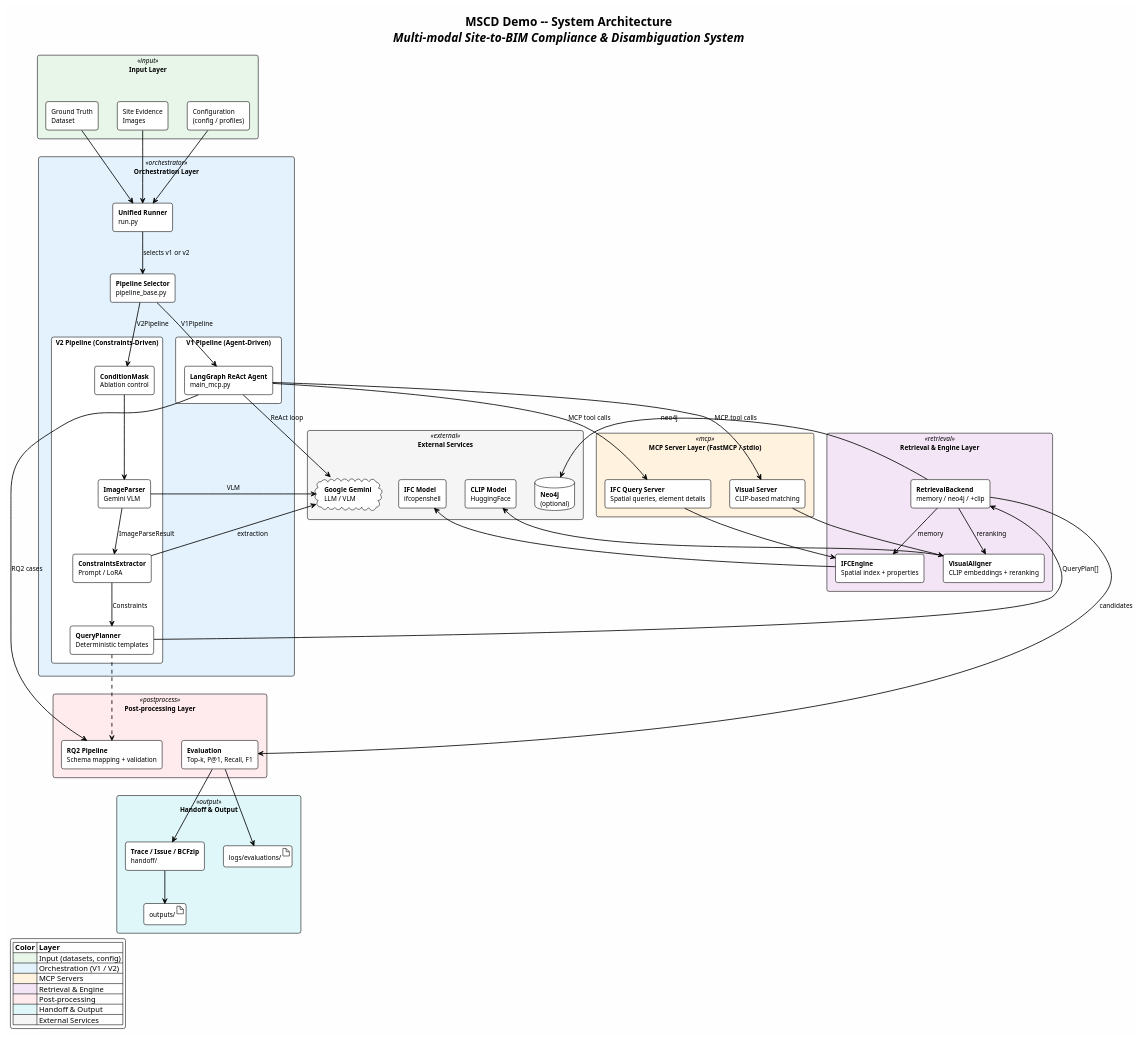
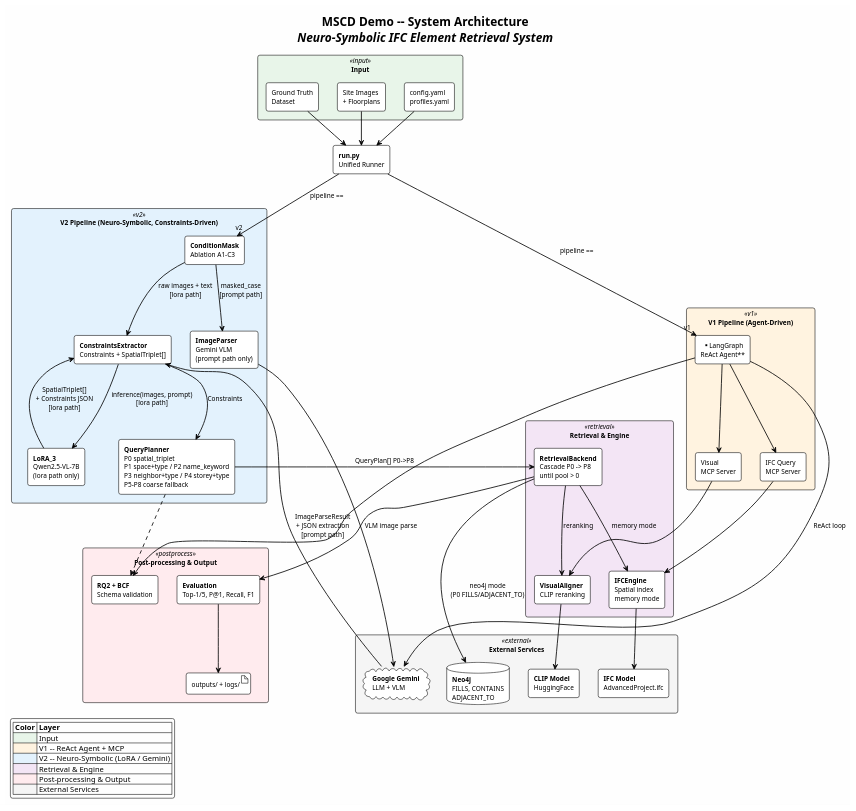
One commit to hyChia88/mscd_demo changed the diagram in docs/diagram/system_architecture.puml. Above: the diagram before and after it, drawn with PlantUML. The commit also changed 15 other files, not shown here.

Commit message:
update diagram

```diff
--- a/docs/diagram/system_architecture.puml
+++ b/docs/diagram/system_architecture.puml
@@ -1,143 +1,139 @@
 @startuml MSCD_Demo_System_Architecture
 !theme plain
-title **MSCD Demo -- System Architecture**\n//Multi-modal Site-to-BIM Compliance & Disambiguation System//
+title **MSCD Demo -- System Architecture**\n//Neuro-Symbolic IFC Element Retrieval System//
 
 skinparam backgroundColor #FEFEFE
 skinparam componentStyle rectangle
 skinparam defaultFontSize 12
 skinparam packageStyle rectangle
 skinparam ArrowThickness 1.5
 skinparam RoundCorner 8
 skinparam shadowing false
 
 skinparam package<<input>> {
     BackgroundColor #E8F5E9
 }
-skinparam package<<orchestrator>> {
+skinparam package<<v1>> {
+    BackgroundColor #FFF3E0
+}
+skinparam package<<v2>> {
     BackgroundColor #E3F2FD
-}
-skinparam package<<mcp>> {
-    BackgroundColor #FFF3E0
 }
 skinparam package<<retrieval>> {
     BackgroundColor #F3E5F5
 }
 skinparam package<<postprocess>> {
     BackgroundColor #FFEBEE
 }
-skinparam package<<output>> {
-    BackgroundColor #E0F7FA
-}
 skinparam package<<external>> {
     BackgroundColor #F5F5F5
 }
 
-' ── INPUT ──
-package "Input Layer" <<input>> {
+' ── INPUT ──────────────────────────────────────────────────────────
+package "Input" <<input>> {
     component "Ground Truth\nDataset" as GT
-    component "Site Evidence\nImages" as IMAGES
-    component "Configuration\n(config / profiles)" as CONFIG
+    component "Site Images\n+ Floorplans" as IMAGES
+    component "config.yaml\nprofiles.yaml" as CONFIG
 }
 
-' ── ORCHESTRATION ──
-package "Orchestration Layer" <<orchestrator>> {
-    component "**Unified Runner**\nrun.py" as RUNNER
-    component "**Pipeline Selector**\npipeline_base.py" as PIPELINE_BASE
-
-    package "V1 Pipeline (Agent-Driven)" {
-        component "**LangGraph ReAct Agent**\nmain_mcp.py" as V1_AGENT
-    }
-
-    package "V2 Pipeline (Constraints-Driven)" {
-        component "**ConditionMask**\nAblation control" as COND_MASK
-        component "**ImageParser**\nGemini VLM" as IMG_PARSER
-        component "**ConstraintsExtractor**\nPrompt / LoRA" as CONSTRAINTS
-        component "**QueryPlanner**\nDeterministic templates" as QUERY_PLAN
-    }
+' ── V1 ─────────────────────────────────────────────────────────────
+package "V1 Pipeline (Agent-Driven)" <<v1>> {
+    component "**LangGraph\nReAct Agent**" as V1_AGENT
+    component "IFC Query\nMCP Server" as IFC_MCP
+    component "Visual\nMCP Server" as VIS_MCP
 }
 
-' ── MCP SERVERS ──
-package "MCP Server Layer (FastMCP / stdio)" <<mcp>> {
-    component "**IFC Query Server**\nSpatial queries, element details" as IFC_MCP
-    component "**Visual Server**\nCLIP-based matching" as VIS_MCP
+' ── V2 ─────────────────────────────────────────────────────────────
+package "V2 Pipeline (Neuro-Symbolic, Constraints-Driven)" <<v2>> {
+    component "**ConditionMask**\nAblation A1-C3" as COND_MASK
+    component "**ImageParser**\nGemini VLM\n(prompt path only)" as IMG_PARSER
+    component "**LoRA_3**\nQwen2.5-VL-7B\n(lora path only)" as LORA
+    component "**ConstraintsExtractor**\nConstraints + SpatialTriplet[]" as CONSTRAINTS
+    component "**QueryPlanner**\nP0 spatial_triplet\nP1 space+type / P2 name_keyword\nP3 neighbor+type / P4 storey+type\nP5-P8 coarse fallback" as QUERY_PLAN
 }
 
-' ── RETRIEVAL ──
-package "Retrieval & Engine Layer" <<retrieval>> {
-    component "**IFCEngine**\nSpatial index + properties" as IFC_ENGINE
-    component "**RetrievalBackend**\nmemory / neo4j / +clip" as RET_BACK
-    component "**VisualAligner**\nCLIP embeddings + reranking" as CLIP
+' ── RETRIEVAL ───────────────────────────────────────────────────────
+package "Retrieval & Engine" <<retrieval>> {
+    component "**RetrievalBackend**\nCascade P0 -> P8\nuntil pool > 0" as RET_BACK
+    component "**IFCEngine**\nSpatial index\nmemory mode" as IFC_ENGINE
+    component "**VisualAligner**\nCLIP reranking" as CLIP
 }
 
-' ── POST-PROCESSING ──
-package "Post-processing Layer" <<postprocess>> {
-    component "**RQ2 Pipeline**\nSchema mapping + validation" as RQ2
-    component "**Evaluation**\nTop-k, P@1, Recall, F1" as EVAL_MOD
+' ── POST-PROCESSING ─────────────────────────────────────────────────
+package "Post-processing & Output" <<postprocess>> {
+    component "**Evaluation**\nTop-1/5, P@1, Recall, F1" as EVAL_MOD
+    component "**RQ2 + BCF**\nSchema validation" as RQ2
+    artifact "outputs/ + logs/" as OUT
 }
 
-' ── OUTPUT ──
-package "Handoff & Output" <<output>> {
-    component "**Trace / Issue / BCFzip**\nhandoff/" as HANDOFF
-    artifact "outputs/" as OUT_FILES
-    artifact "logs/evaluations/" as OUT_EVAL
-}
-
-' ── EXTERNAL ──
+' ── EXTERNAL ────────────────────────────────────────────────────────
 package "External Services" <<external>> {
-    database "**Neo4j**\n(optional)" as NEO4J
-    cloud "**Google Gemini**\nLLM / VLM" as LLM
-    component "**IFC Model**\nifcopenshell" as IFC_FILE
+    cloud "**Google Gemini**\nLLM + VLM" as LLM
+    database "**Neo4j**\nFILLS, CONTAINS\nADJACENT_TO" as NEO4J
+    component "**IFC Model**\nAdvancedProject.ifc" as IFC_FILE
     component "**CLIP Model**\nHuggingFace" as HF_CLIP
 }
 
-' ── RELATIONSHIPS ──
+' ── RUNNER ──────────────────────────────────────────────────────────
+component "**run.py**\nUnified Runner" as RUNNER
 
-GT --> RUNNER
+' ── RELATIONSHIPS ───────────────────────────────────────────────────
+
+' Input
+GT     --> RUNNER
 IMAGES --> RUNNER
 CONFIG --> RUNNER
-RUNNER --> PIPELINE_BASE : selects v1 or v2
 
-PIPELINE_BASE --> V1_AGENT : V1Pipeline
-PIPELINE_BASE --> COND_MASK : V2Pipeline
+' Runner -> pipelines
+RUNNER --> V1_AGENT  : pipeline == "v1"
+RUNNER --> COND_MASK : pipeline == "v2"
 
-V1_AGENT --> IFC_MCP : MCP tool calls
-V1_AGENT --> VIS_MCP : MCP tool calls
-LLM <-- V1_AGENT : ReAct loop
+' V1 flow
+V1_AGENT --> IFC_MCP
+V1_AGENT --> VIS_MCP
+V1_AGENT --> LLM : ReAct loop
+IFC_MCP  --> IFC_ENGINE
+VIS_MCP  --> CLIP
 
-COND_MASK --> IMG_PARSER
-IMG_PARSER --> CONSTRAINTS : ImageParseResult
+' V2 Step 1 -- mask -> two paths
+COND_MASK --> IMG_PARSER  : masked_case\n[prompt path]
+COND_MASK --> CONSTRAINTS : raw images + text\n[lora path]
+
+' V2 Step 2 -- prompt path: IMG_PARSER -> LLM -> CONSTRAINTS
+IMG_PARSER --> LLM         : VLM image parse
+LLM        --> CONSTRAINTS : ImageParseResult\n+ JSON extraction\n[prompt path]
+
+' V2 Step 2 -- lora path: CONSTRAINTS -> LORA -> CONSTRAINTS
+CONSTRAINTS --> LORA : inference(images, prompt)\n[lora path]
+LORA --> CONSTRAINTS : SpatialTriplet[]\n+ Constraints JSON\n[lora path]
+
+' V2 Step 3 -- plan -> retrieve
 CONSTRAINTS --> QUERY_PLAN : Constraints
-QUERY_PLAN --> RET_BACK : QueryPlan[]
-LLM <-- CONSTRAINTS : extraction
-LLM <-- IMG_PARSER : VLM
+QUERY_PLAN  --> RET_BACK   : QueryPlan[] P0->P8
 
-RET_BACK --> IFC_ENGINE : memory
-RET_BACK --> NEO4J : neo4j
-RET_BACK --> CLIP : reranking
+' Retrieval backends
+RET_BACK --> IFC_ENGINE : memory mode
+RET_BACK --> NEO4J      : neo4j mode\n(P0 FILLS/ADJACENT_TO)
+RET_BACK --> CLIP       : reranking
 
+' Engine
 IFC_ENGINE --> IFC_FILE
-CLIP --> HF_CLIP
+CLIP       --> HF_CLIP
 
-IFC_MCP --> IFC_ENGINE
-VIS_MCP --> CLIP
-
-V1_AGENT --> RQ2 : RQ2 cases
-RET_BACK --> EVAL_MOD : candidates
+' Post-processing
+RET_BACK   --> EVAL_MOD
+V1_AGENT   --> RQ2
 QUERY_PLAN ..> RQ2
-
-EVAL_MOD --> HANDOFF
-EVAL_MOD --> OUT_EVAL
-HANDOFF --> OUT_FILES
+EVAL_MOD   --> OUT
 
 legend bottom left
   |= Color |= Layer |
-  |<#E8F5E9> | Input (datasets, config) |
-  |<#E3F2FD> | Orchestration (V1 / V2) |
-  |<#FFF3E0> | MCP Servers |
+  |<#E8F5E9> | Input |
+  |<#FFF3E0> | V1 -- ReAct Agent + MCP |
+  |<#E3F2FD> | V2 -- Neuro-Symbolic (LoRA / Gemini) |
   |<#F3E5F5> | Retrieval & Engine |
-  |<#FFEBEE> | Post-processing |
-  |<#E0F7FA> | Handoff & Output |
+  |<#FFEBEE> | Post-processing & Output |
   |<#F5F5F5> | External Services |
 end legend
 
 @enduml
```
